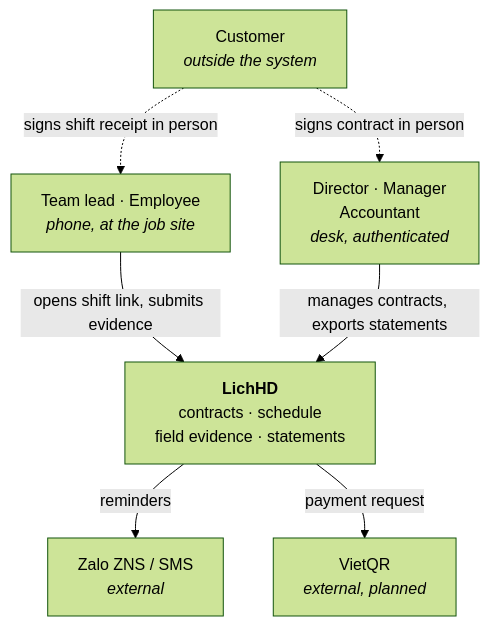
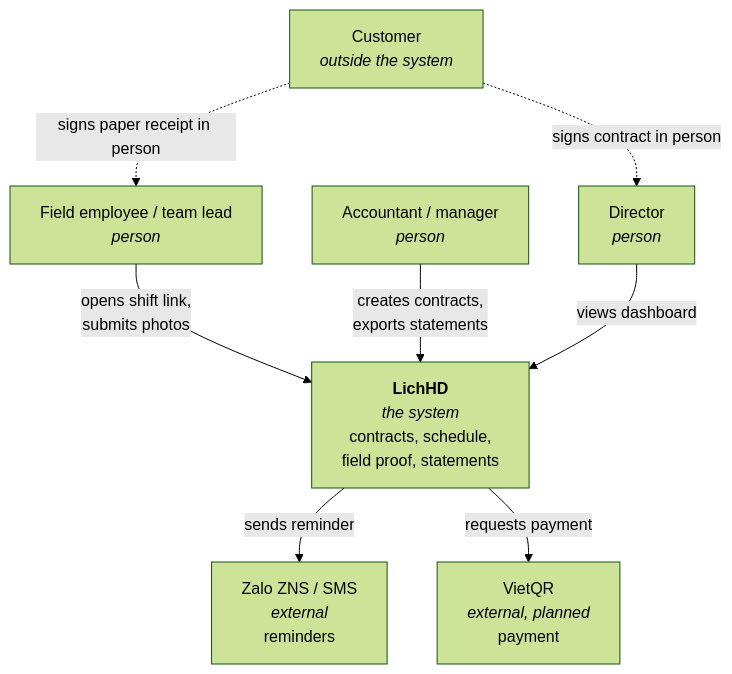
The first of 4 diagrams in docs/03-architecture.md (dDxCg/contrack), drawn with Mermaid (forest theme) before and after one commit. The commit also changed 2 other files, not shown here.

Commit message:
docs: diagrams minor modified

````diff
--- a/docs/03-architecture.md
+++ b/docs/03-architecture.md
@@ -68,18 +68,21 @@
 ```mermaid
 flowchart TB
-    desk["Director · Manager<br/>Accountant<br/><i>desk, authenticated</i>"]
-    field["Team lead · Employee<br/><i>phone, at the job site</i>"]
     customer["Customer<br/><i>outside the system</i>"]
+    employee["Field employee / team lead<br/><i>person</i>"]
+    accountant["Accountant / manager<br/><i>person</i>"]
+    director["Director<br/><i>person</i>"]
 
-    lichhd["<b>LichHD</b><br/>contracts · schedule<br/>field evidence · statements"]
+    lichhd["<b>LichHD</b><br/><i>the system</i><br/>contracts, schedule,<br/>field proof, statements"]
 
-    zalo["Zalo ZNS / SMS<br/><i>external</i>"]
-    vietqr["VietQR<br/><i>external, planned</i>"]
+    zalo["Zalo ZNS / SMS<br/><i>external</i><br/>reminders"]
+    vietqr["VietQR<br/><i>external, planned</i><br/>payment"]
 
-    customer -.->|"signs contract in person"| desk
-    customer -.->|"signs shift receipt in person"| field
-    field -->|"opens shift link, submits evidence"| lichhd
-    desk -->|"manages contracts, exports statements"| lichhd
-    lichhd -->|"reminders"| zalo
-    lichhd -->|"payment request"| vietqr
+    customer -.->|"signs contract in person"| director
+    customer -.->|"signs paper receipt in person"| employee
+    employee -->|"opens shift link,<br/>submits photos"| lichhd
+    accountant -->|"creates contracts,<br/>exports statements"| lichhd
+    director -->|"views dashboard"| lichhd
+
+    lichhd -->|"sends reminder"| zalo
+    lichhd -->|"requests payment"| vietqr
 ```
````
